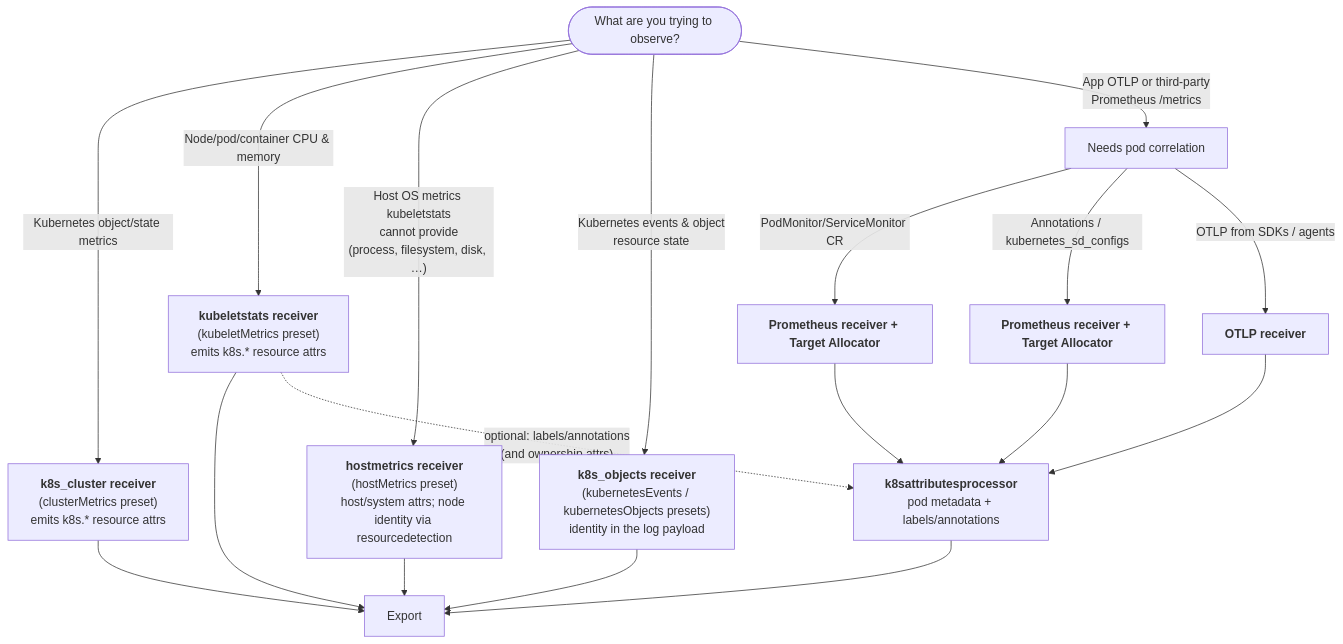
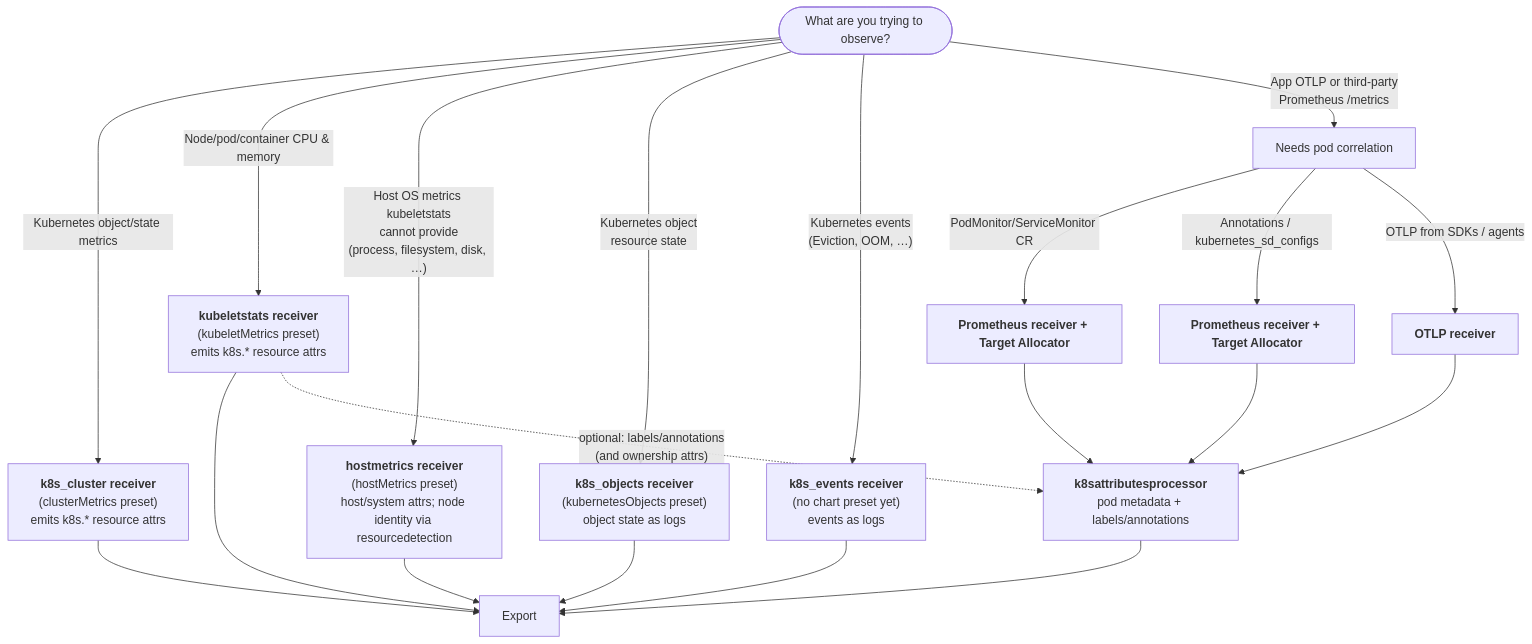
Before and after one commit to open-telemetry/opentelemetry.io: the diagram in content/en/docs/guidance/blueprints/k8s-observability-blueprint.md, drawn with Mermaid.

Commit message:
review: fix mermaid diagram for k8s objects/events

````diff
--- a/content/en/docs/guidance/blueprints/k8s-observability-blueprint.md
+++ b/content/en/docs/guidance/blueprints/k8s-observability-blueprint.md
@@ -154,23 +154,25 @@
 ```mermaid
 flowchart TD
   Start(["`What are you trying to observe?`"]) -->|"`Kubernetes object/state metrics<br/>`"| Cluster["`**k8s_cluster receiver**<br/>(clusterMetrics preset)<br/>emits k8s.* resource attrs`"]
   Start -->|"`Node/pod/container CPU & memory<br/>`"| Kubelet["`**kubeletstats receiver**<br/>(kubeletMetrics preset)<br/>emits k8s.* resource attrs`"]
   Start -->|"`Host OS metrics kubeletstats<br/>cannot provide<br/>(process, filesystem, disk, …)`"| Host["`**hostmetrics receiver**<br/>(hostMetrics preset)<br/>host/system attrs; node identity via resourcedetection`"]
-  Start -->|"`Kubernetes events & object<br/>resource state`"| Objects["`**k8s_objects receiver**<br/>(kubernetesEvents / kubernetesObjects presets)<br/>identity in the log payload`"]
+  Start -->|"`Kubernetes object<br/>resource state`"| Objects["`**k8s_objects receiver**<br/>(kubernetesObjects preset)<br/>object state as logs`"]
+  Start -->|"`Kubernetes events<br/>(Eviction, OOM, …)`"| Events["`**k8s_events receiver**<br/>(no chart preset yet)<br/>events as logs`"]
   Start -->|"`App OTLP or third-party<br/>Prometheus /metrics`"| Scraped["`Needs pod correlation`"]
 
   Scraped -->|"`PodMonitor/ServiceMonitor CR`"| TAcr["`**Prometheus receiver + Target Allocator**`"]
   Scraped -->|"`Annotations / kubernetes_sd_configs`"| TAann["`**Prometheus receiver + Target Allocator**`"]
   Scraped -->|"`OTLP from SDKs / agents`"| OTLP["`**OTLP receiver**`"]
 
   Cluster --> Export
   Kubelet --> Export
   Host --> Export
   Objects --> Export
+  Events --> Export
 
   TAcr --> K8sAttr["`**k8sattributesprocessor**<br/>pod metadata + labels/annotations`"]
   TAann --> K8sAttr
   OTLP --> K8sAttr
   Kubelet -.->|"`optional: labels/annotations<br/>(and ownership attrs)`"| K8sAttr
   K8sAttr --> Export
 ```
````
